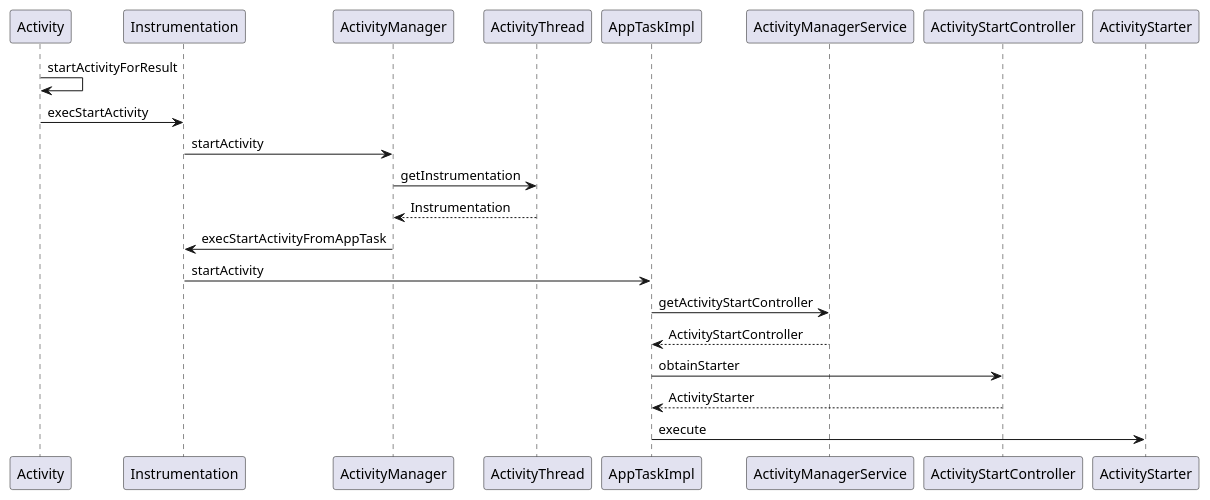
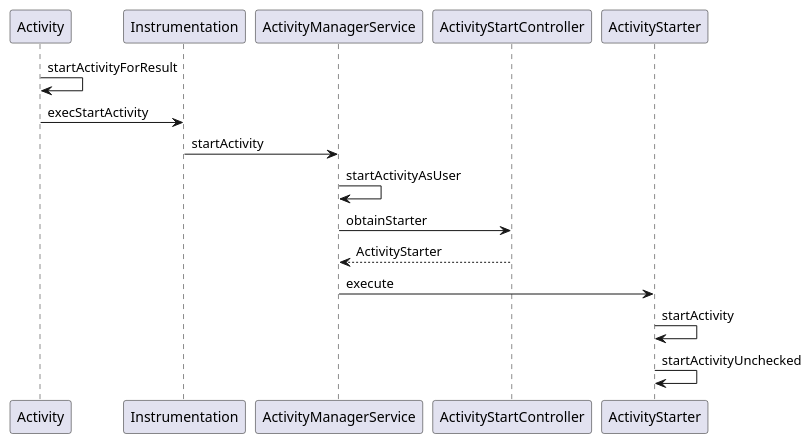
Before and after one commit to stefanJi/JYUmls: the diagram in android/start_activity.puml, drawn with PlantUML. The commit also changed 1 other file, not shown here.

```diff
--- a/android/start_activity.puml
+++ b/android/start_activity.puml
@@ -1,15 +1,11 @@
 @startuml
 Activity -> Activity: startActivityForResult
 Activity -> Instrumentation:execStartActivity
-Instrumentation -> ActivityManager: startActivity
-ActivityManager -> ActivityThread: getInstrumentation
-ActivityThread --> ActivityManager: Instrumentation
-ActivityManager -> Instrumentation: execStartActivityFromAppTask
-Instrumentation -> AppTaskImpl: startActivity
-AppTaskImpl -> ActivityManagerService: getActivityStartController
-ActivityManagerService --> AppTaskImpl: ActivityStartController
-AppTaskImpl -> ActivityStartController: obtainStarter
-ActivityStartController --> AppTaskImpl: ActivityStarter
-AppTaskImpl -> ActivityStarter: execute
-
+Instrumentation -> ActivityManagerService: startActivity
+ActivityManagerService -> ActivityManagerService: startActivityAsUser
+ActivityManagerService -> ActivityStartController: obtainStarter
+ActivityStartController --> ActivityManagerService: ActivityStarter
+ActivityManagerService -> ActivityStarter: execute
+ActivityStarter -> ActivityStarter: startActivity
+ActivityStarter -> ActivityStarter: startActivityUnchecked
 @enduml
```
